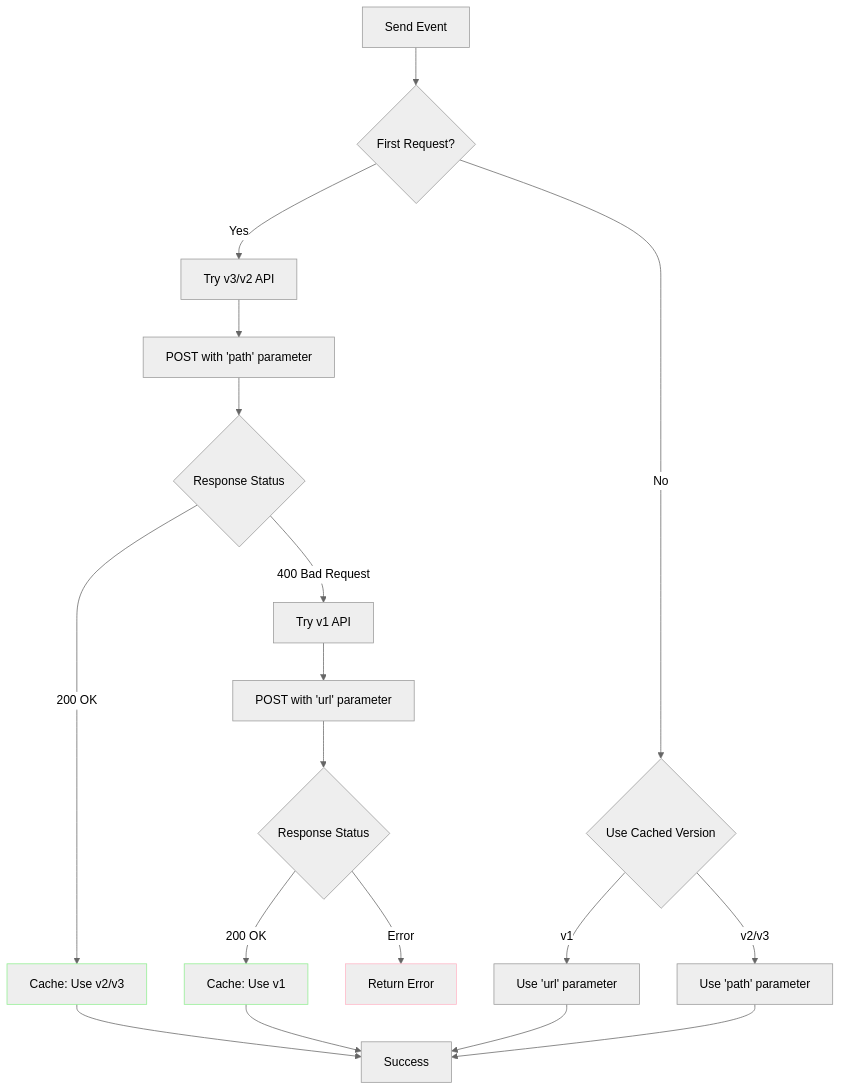
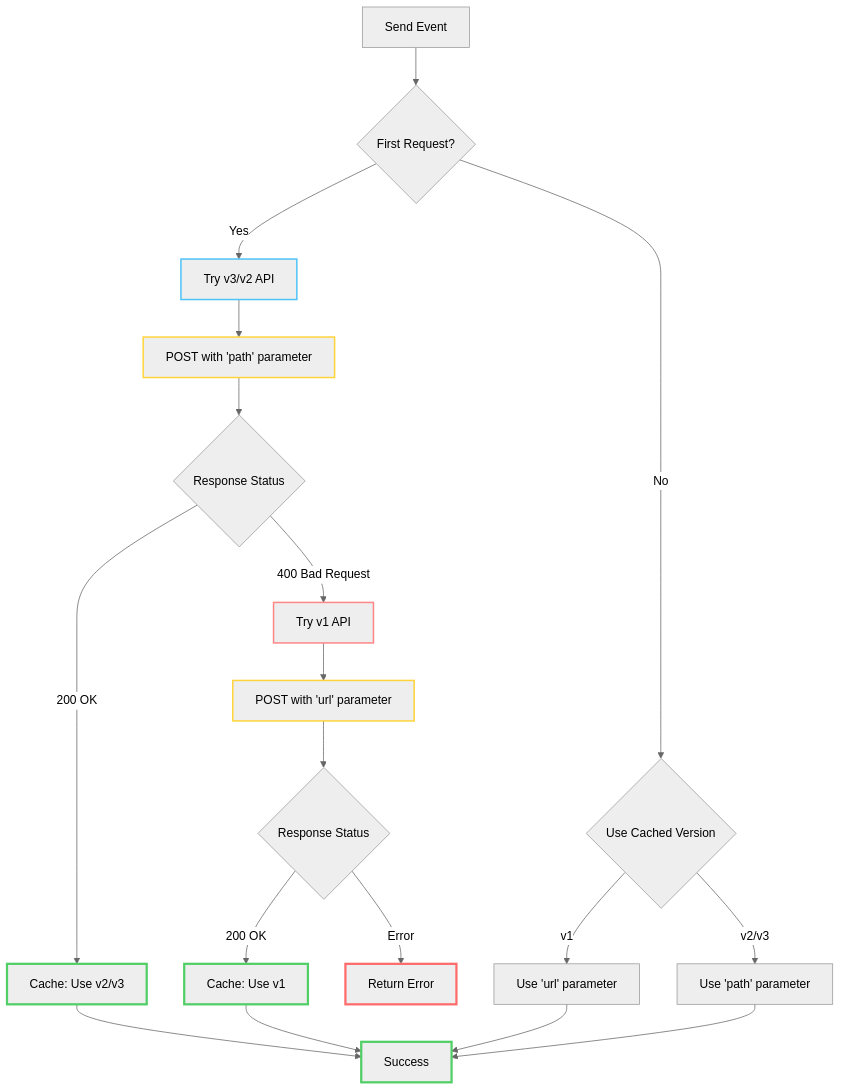
Before and after one commit to Shaddix/mostlylucidweb: the fourth of 7 diagrams in Umami.Net/README.md, drawn with Mermaid (neutral theme). The commit also changed other lines of this file and 9 other files, not shown here.

````diff
--- a/Umami.Net/README.md
+++ b/Umami.Net/README.md
@@ -230,30 +239,35 @@
 ```mermaid
 flowchart TD
     A[Send Event] --> B{First Request?}
     B -->|Yes| C[Try v3/v2 API]
     B -->|No| D{Use Cached Version}
 
     C --> E[POST with 'path' parameter]
     E --> F{Response Status}
 
     F -->|200 OK| G[Cache: Use v2/v3]
     F -->|400 Bad Request| H[Try v1 API]
 
     H --> I[POST with 'url' parameter]
     I --> J{Response Status}
 
     J -->|200 OK| K[Cache: Use v1]
     J -->|Error| L[Return Error]
 
     D -->|v1| M[Use 'url' parameter]
     D -->|v2/v3| N[Use 'path' parameter]
 
     G --> O[Success]
     K --> O
     M --> O
     N --> O
 
-    style G stroke:#90EE90
-    style K stroke:#90EE90
-    style L stroke:#FFB6C6
+    style G stroke:#51CF66,stroke-width:3px
+    style K stroke:#51CF66,stroke-width:3px
+    style O stroke:#51CF66,stroke-width:3px
+    style L stroke:#FF6B6B,stroke-width:3px
+    style C stroke:#4FC3F7,stroke-width:2px
+    style E stroke:#FFD43B,stroke-width:2px
+    style H stroke:#FF8787,stroke-width:2px
+    style I stroke:#FFD43B,stroke-width:2px
 ```
````
